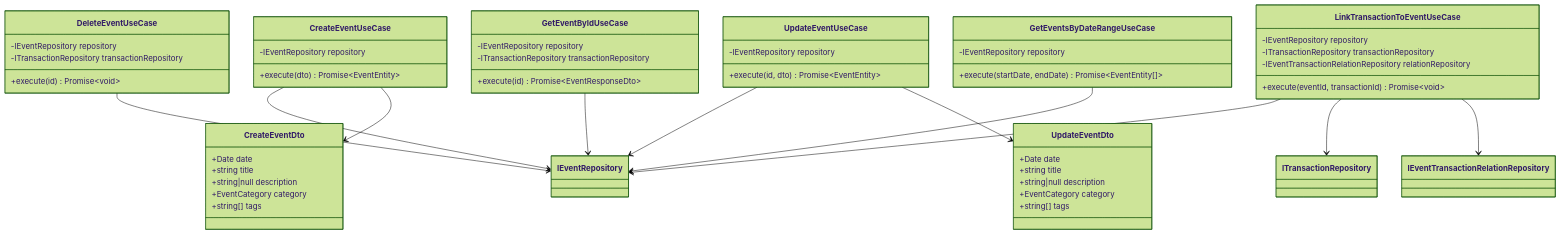
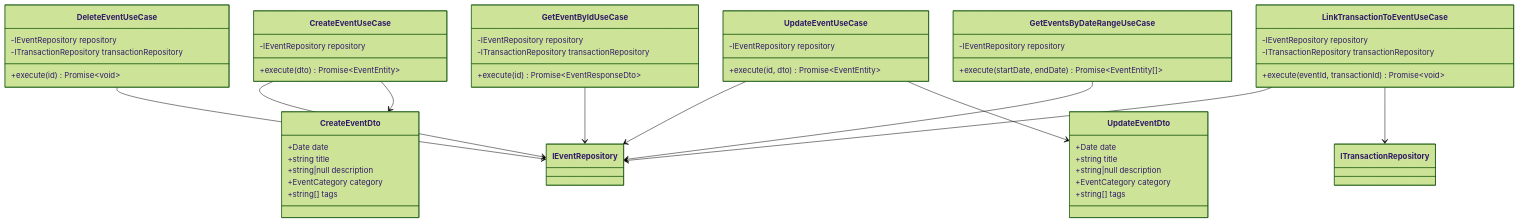
The second of 7 diagrams in docs/detailed-design/FR-021_event-memo/class-diagrams.md (kencom2400/account-book), drawn with Mermaid (forest theme) before and after one commit. The commit also changed other lines of this file and 3 other files, not shown here.

````diff
--- a/docs/detailed-design/FR-021_event-memo/class-diagrams.md
+++ b/docs/detailed-design/FR-021_event-memo/class-diagrams.md
@@ -121,63 +115,61 @@
 ```mermaid
 classDiagram
     class CreateEventUseCase {
         -IEventRepository repository
         +execute(dto) Promise~EventEntity~
     }
 
     class UpdateEventUseCase {
         -IEventRepository repository
         +execute(id, dto) Promise~EventEntity~
     }
 
     class DeleteEventUseCase {
         -IEventRepository repository
         -ITransactionRepository transactionRepository
         +execute(id) Promise~void~
     }
 
     class GetEventByIdUseCase {
         -IEventRepository repository
         -ITransactionRepository transactionRepository
         +execute(id) Promise~EventResponseDto~
     }
 
     class GetEventsByDateRangeUseCase {
         -IEventRepository repository
         +execute(startDate, endDate) Promise~EventEntity[]~
     }
 
     class LinkTransactionToEventUseCase {
         -IEventRepository repository
         -ITransactionRepository transactionRepository
-        -IEventTransactionRelationRepository relationRepository
         +execute(eventId, transactionId) Promise~void~
     }
 
     class CreateEventDto {
         +Date date
         +string title
         +string|null description
         +EventCategory category
         +string[] tags
     }
 
     class UpdateEventDto {
         +Date date
         +string title
         +string|null description
         +EventCategory category
         +string[] tags
     }
 
     CreateEventUseCase --> IEventRepository
     UpdateEventUseCase --> IEventRepository
     DeleteEventUseCase --> IEventRepository
     GetEventByIdUseCase --> IEventRepository
     GetEventsByDateRangeUseCase --> IEventRepository
     LinkTransactionToEventUseCase --> IEventRepository
     LinkTransactionToEventUseCase --> ITransactionRepository
-    LinkTransactionToEventUseCase --> IEventTransactionRelationRepository
     CreateEventUseCase --> CreateEventDto
     UpdateEventUseCase --> UpdateEventDto
 ```
````
